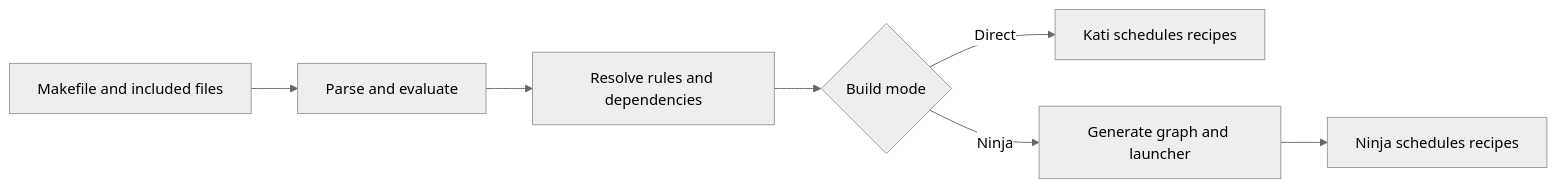
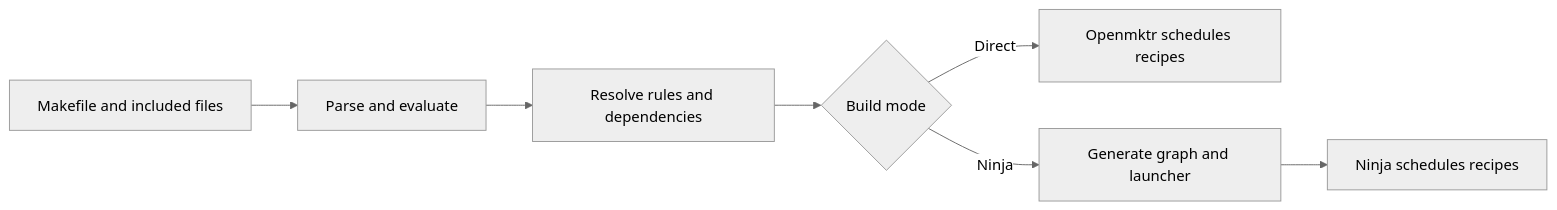
One commit to RihardsPaps/Openmktr changed the diagram in README.md. Above: the diagram before and after it, drawn with Mermaid (neutral theme). The commit also changed other lines of this file and 128 other files, not shown here.

Commit message:
Rename Kati fork to Openmktr

````diff
--- a/README.md
+++ b/README.md
@@ -237,9 +237,9 @@
 ```mermaid
 flowchart LR
     A[Makefile and included files] --> B[Parse and evaluate]
     B --> C[Resolve rules and dependencies]
     C --> D{Build mode}
-    D -->|Direct| E[Kati schedules recipes]
+    D -->|Direct| E[Openmktr schedules recipes]
     D -->|Ninja| F[Generate graph and launcher]
     F --> G[Ninja schedules recipes]
 ```
````
